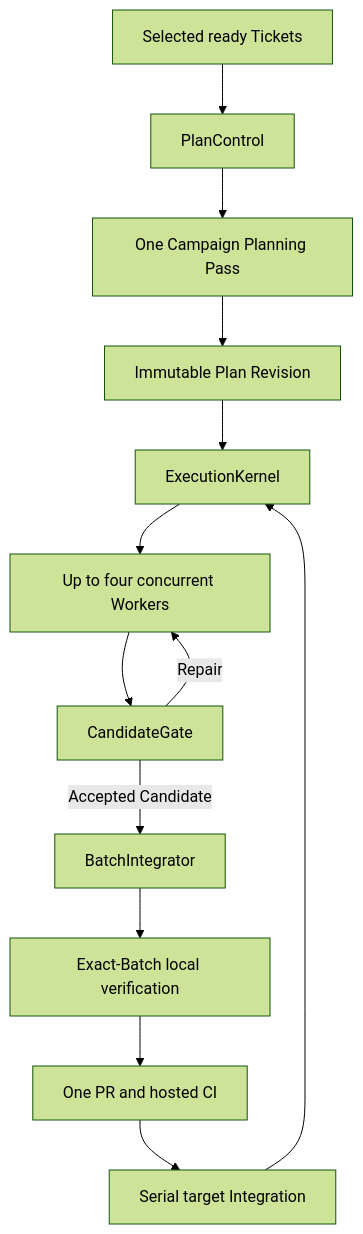
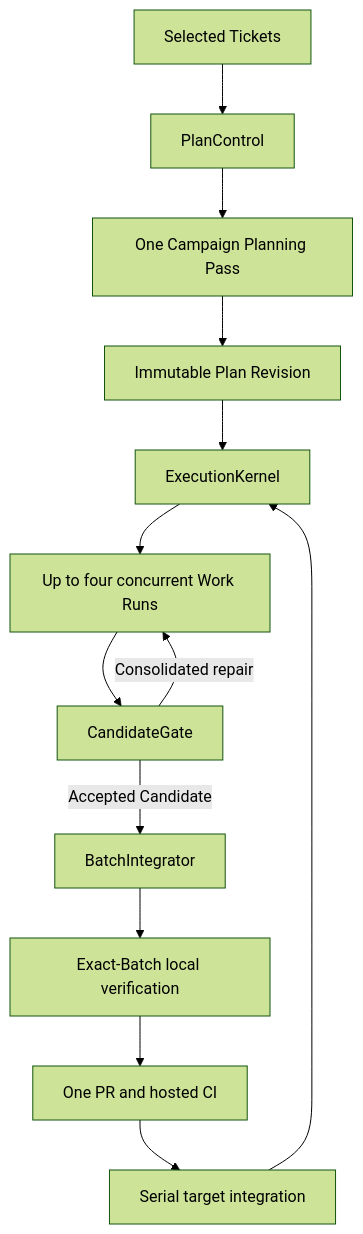
The diagram in docs/design/gwo-v8-lean-architecture.md (NOirBRight/github-work-orchestrator), drawn with Mermaid (forest theme) before and after one commit. The commit also changed other lines of this file and 44 other files, not shown here.

````diff
--- a/docs/design/gwo-v8-lean-architecture.md
+++ b/docs/design/gwo-v8-lean-architecture.md
@@ -60,15 +92,15 @@
 ```mermaid
 flowchart TD
-    T["Selected ready Tickets"] --> PC["PlanControl"]
+    T["Selected Tickets"] --> PC["PlanControl"]
     PC --> CP["One Campaign Planning Pass"]
     CP --> PR["Immutable Plan Revision"]
     PR --> EK["ExecutionKernel"]
-    EK --> W["Up to four concurrent Workers"]
+    EK --> W["Up to four concurrent Work Runs"]
     W --> CG["CandidateGate"]
-    CG -->|Repair| W
+    CG -->|Consolidated repair| W
     CG -->|Accepted Candidate| BI["BatchIntegrator"]
     BI --> LC["Exact-Batch local verification"]
     LC --> GH["One PR and hosted CI"]
-    GH --> IN["Serial target Integration"]
+    GH --> IN["Serial target integration"]
     IN --> EK
 ```
````
